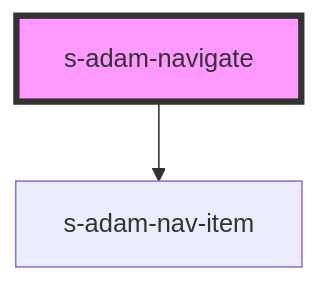
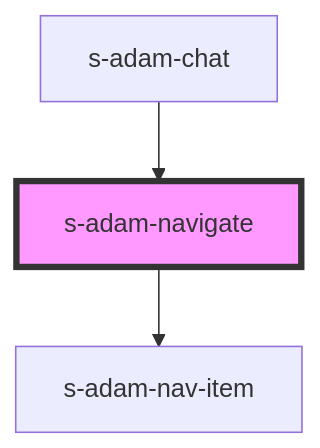
Before and after one commit to saqhan/stencil-chat: the diagram in src/components/comp/s-adam-navigate/readme.md, drawn with Mermaid. The commit also changed other lines of this file and 38 other files, not shown here.

````diff
--- a/src/components/comp/s-adam-navigate/readme.md
+++ b/src/components/comp/s-adam-navigate/readme.md
@@ -23,5 +27,6 @@
 ```mermaid
 graph TD;
   s-adam-navigate --> s-adam-nav-item
+  s-adam-chat --> s-adam-navigate
   style s-adam-navigate fill:#f9f,stroke:#333,stroke-width:4px
 ```
````
